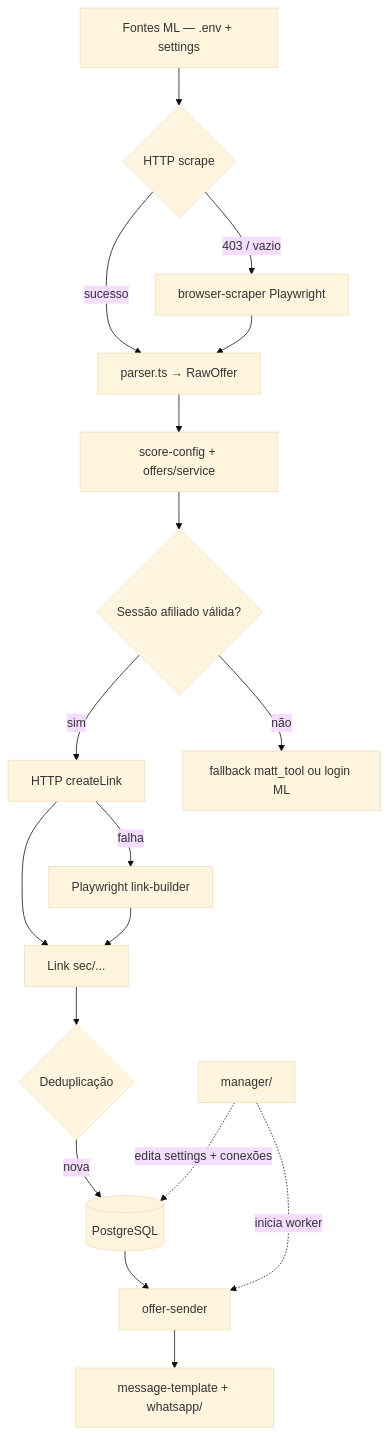
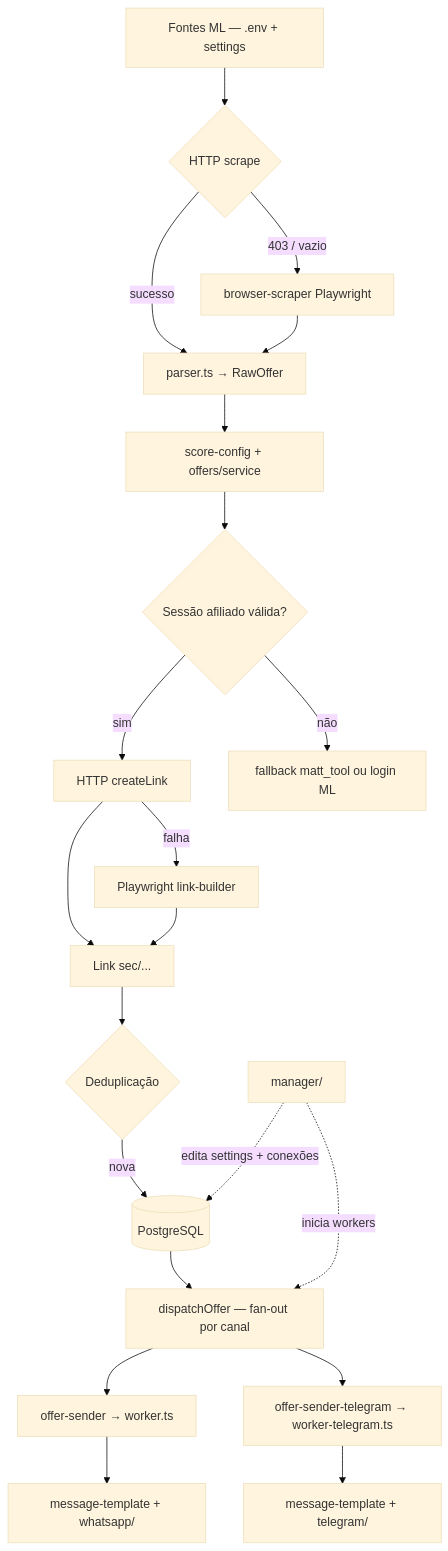
One commit to YoungC0DE/radar-ofertas changed the diagram in .cursor/docs/architecture.md. Above: the diagram before and after it, drawn with Mermaid (base theme). The commit also changed other lines of this file and 48 other files, not shown here.

````diff
--- a/.cursor/docs/architecture.md
+++ b/.cursor/docs/architecture.md
@@ -67,20 +75,23 @@
 ```mermaid
 flowchart TD
     A[Fontes ML — .env + settings] --> B{HTTP scrape}
     B -->|sucesso| C[parser.ts → RawOffer]
     B -->|403 / vazio| D[browser-scraper Playwright]
     D --> C
     C --> E[score-config + offers/service]
     E --> F{Sessão afiliado válida?}
     F -->|sim| G[HTTP createLink]
     F -->|não| H[fallback matt_tool ou login ML]
     G -->|falha| I[Playwright link-builder]
     G --> J[Link sec/...]
     I --> J
     J --> K{Deduplicação}
     K -->|nova| L[(PostgreSQL)]
-    L --> M[offer-sender]
-    M --> N[message-template + whatsapp/]
+    L --> M[dispatchOffer — fan-out por canal]
+    M --> N[offer-sender → worker.ts]
+    M --> P[offer-sender-telegram → worker-telegram.ts]
+    N --> Q[message-template + whatsapp/]
+    P --> R[message-template + telegram/]
     O[manager/] -.->|edita settings + conexões| L
-    O -.->|inicia worker| M
+    O -.->|inicia workers| M
 ```
````
